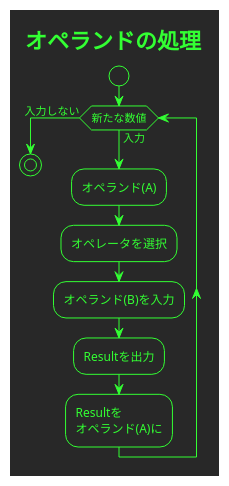
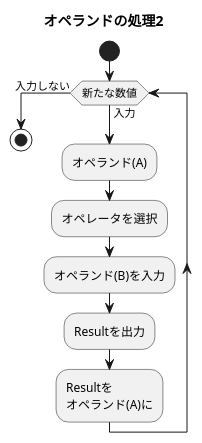
The sixth of 8 diagrams in memo.md (niwune2/HabuCalc), drawn with PlantUML before and after one commit. The commit also changed other lines of this file and 6 other files, not shown here.

````diff
--- a/memo.md
+++ b/memo.md
@@ -371,15 +392,15 @@
 ```plantuml
 !theme crt-green
 !pragma useVerticalIf on
-title オペランドの処理
+@startuml
+title オペランドの処理2
 start
 while (新たな数値) is (入力)
     :オペランド(A);
     :オペレータを選択;
     :オペランド(B)を入力;
     :Resultを出力;
     :Resultを\nオペランド(A)に;
 endwhile(入力しない)
 stop
-
 ```
````
